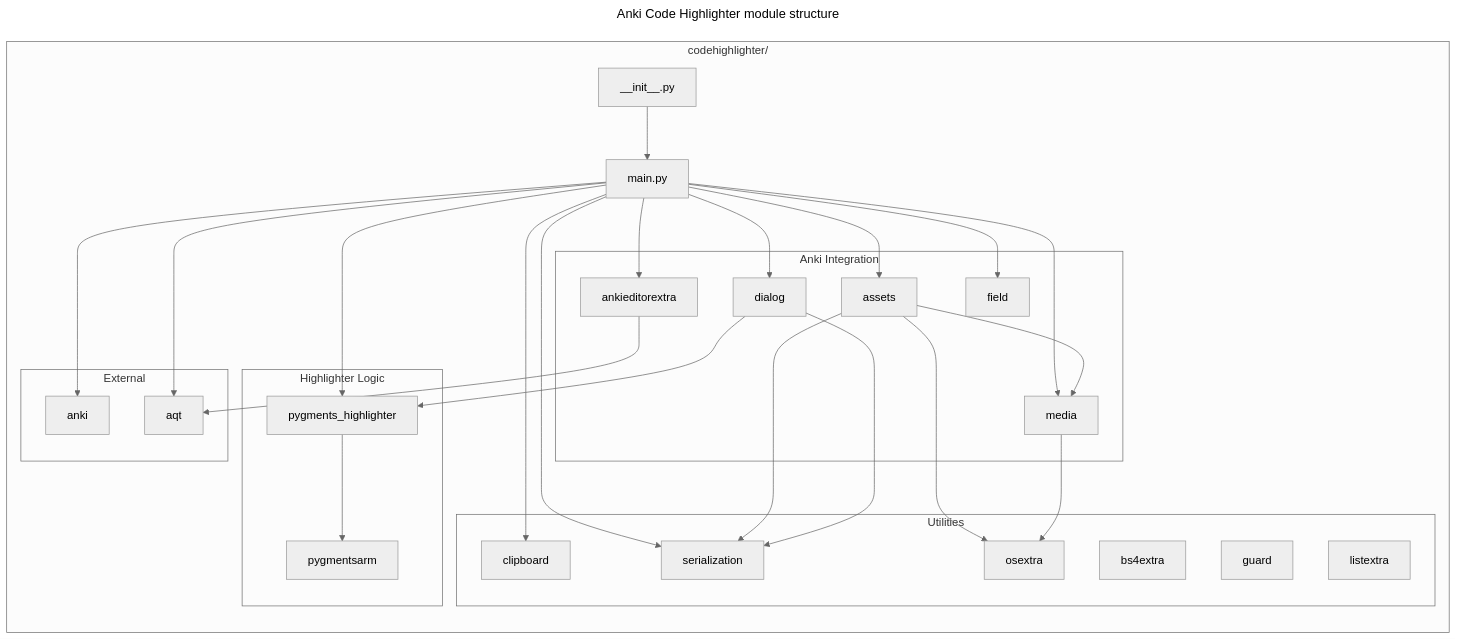
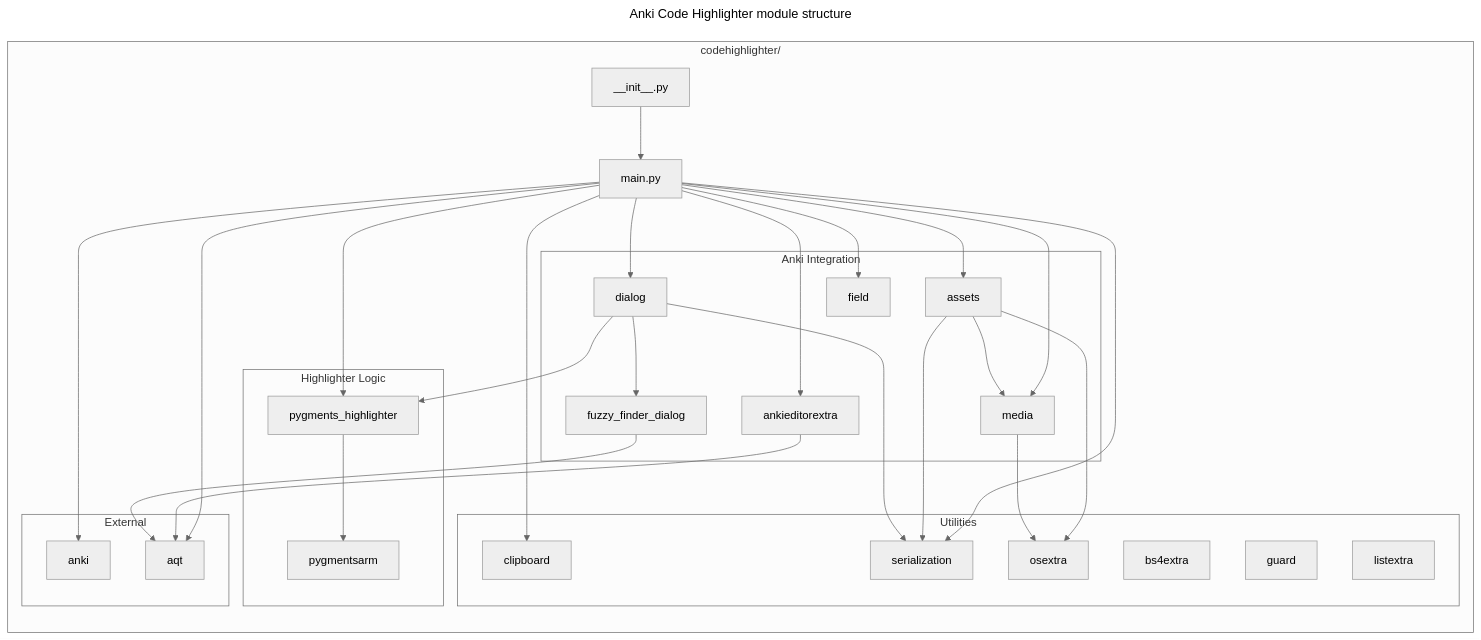
Before and after one commit to gregorias/anki-code-highlighter: the diagram in DEV.md, drawn with Mermaid (neutral theme). The commit also changed 4 other files, not shown here.

Commit message:
feat: add fuzzy language finder

````diff
--- a/DEV.md
+++ b/DEV.md
@@ -116,64 +116,67 @@
 ```mermaid
 ---
 title: Anki Code Highlighter module structure
 ---
 graph LR
   init[__init__.py]
 
   subgraph "codehighlighter/"
     main[main.py]
 
     subgraph "Anki Integration"
       ankieditorextra
       assets
       dialog
+      fuzzy_finder_dialog
       field
       media
     end
 
     subgraph "Highlighter Logic"
       pygments_highlighter
       pygmentsarm
     end
 
     subgraph "Utilities"
       bs4extra
       clipboard
       guard
       listextra
       osextra
       serialization
     end
 
     subgraph "External"
       anki-lib[anki]
       aqt-lib[aqt]
     end
 
     init --> main
 
     main --> ankieditorextra
     main --> assets
     main --> dialog
     main --> pygments_highlighter
     main --> media
     main --> field
     main --> clipboard
     main --> serialization
     main --> anki-lib
     main --> aqt-lib
 
     pygments_highlighter --> pygmentsarm
 
     ankieditorextra --> aqt-lib
 
     assets --> media
     assets --> osextra
     assets --> serialization
 
+    dialog --> fuzzy_finder_dialog
     dialog --> pygments_highlighter
     dialog --> serialization
+    fuzzy_finder_dialog --> aqt-lib
 
     media --> osextra
   end
 ```
````
